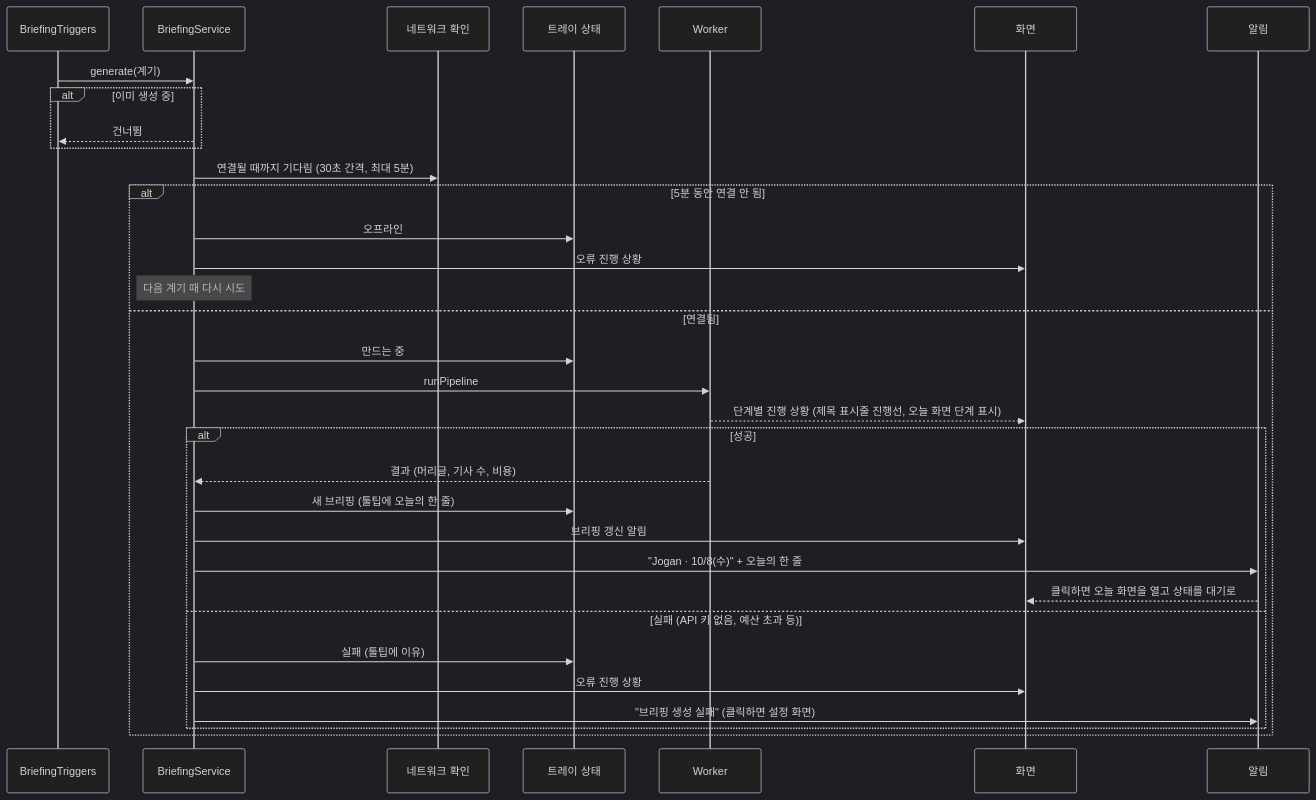
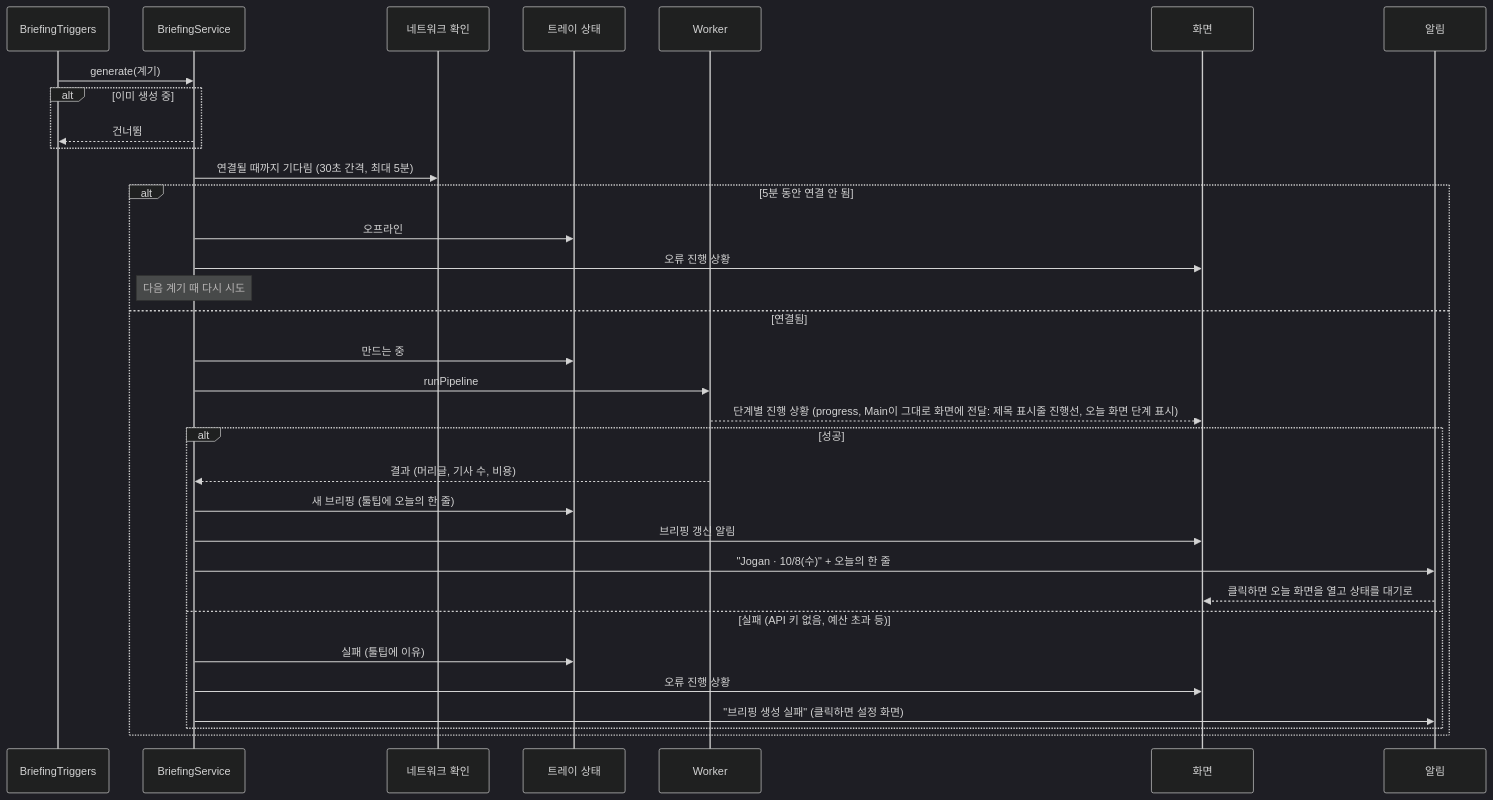
The eighth of 13 diagrams in docs/README.md (EPIGEXE/jogan-news), drawn with Mermaid (dark theme) before and after one commit. The commit also changed other lines of this file and 102 other files, not shown here.

````diff
--- a/docs/README.md
+++ b/docs/README.md
@@ -491,35 +598,35 @@
 ```mermaid
 sequenceDiagram
   participant T as BriefingTriggers
   participant B as BriefingService
   participant N as 네트워크 확인
   participant S as 트레이 상태
   participant W as Worker
   participant R as 화면
   participant A as 알림
   T->>B: generate(계기)
   alt 이미 생성 중
     B-->>T: 건너뜀
   end
   B->>N: 연결될 때까지 기다림 (30초 간격, 최대 5분)
   alt 5분 동안 연결 안 됨
     B->>S: 오프라인
     B->>R: 오류 진행 상황
     Note over B: 다음 계기 때 다시 시도
   else 연결됨
     B->>S: 만드는 중
     B->>W: runPipeline
-    W-->>R: 단계별 진행 상황 (제목 표시줄 진행선, 오늘 화면 단계 표시)
+    W-->>R: 단계별 진행 상황 (progress, Main이 그대로 화면에 전달: 제목 표시줄 진행선, 오늘 화면 단계 표시)
     alt 성공
       W-->>B: 결과 (머리글, 기사 수, 비용)
       B->>S: 새 브리핑 (툴팁에 오늘의 한 줄)
       B->>R: 브리핑 갱신 알림
       B->>A: "Jogan · 10/8(수)" + 오늘의 한 줄
       A-->>R: 클릭하면 오늘 화면을 열고 상태를 대기로
     else 실패 (API 키 없음, 예산 초과 등)
       B->>S: 실패 (툴팁에 이유)
       B->>R: 오류 진행 상황
       B->>A: "브리핑 생성 실패" (클릭하면 설정 화면)
     end
   end
 ```
````
